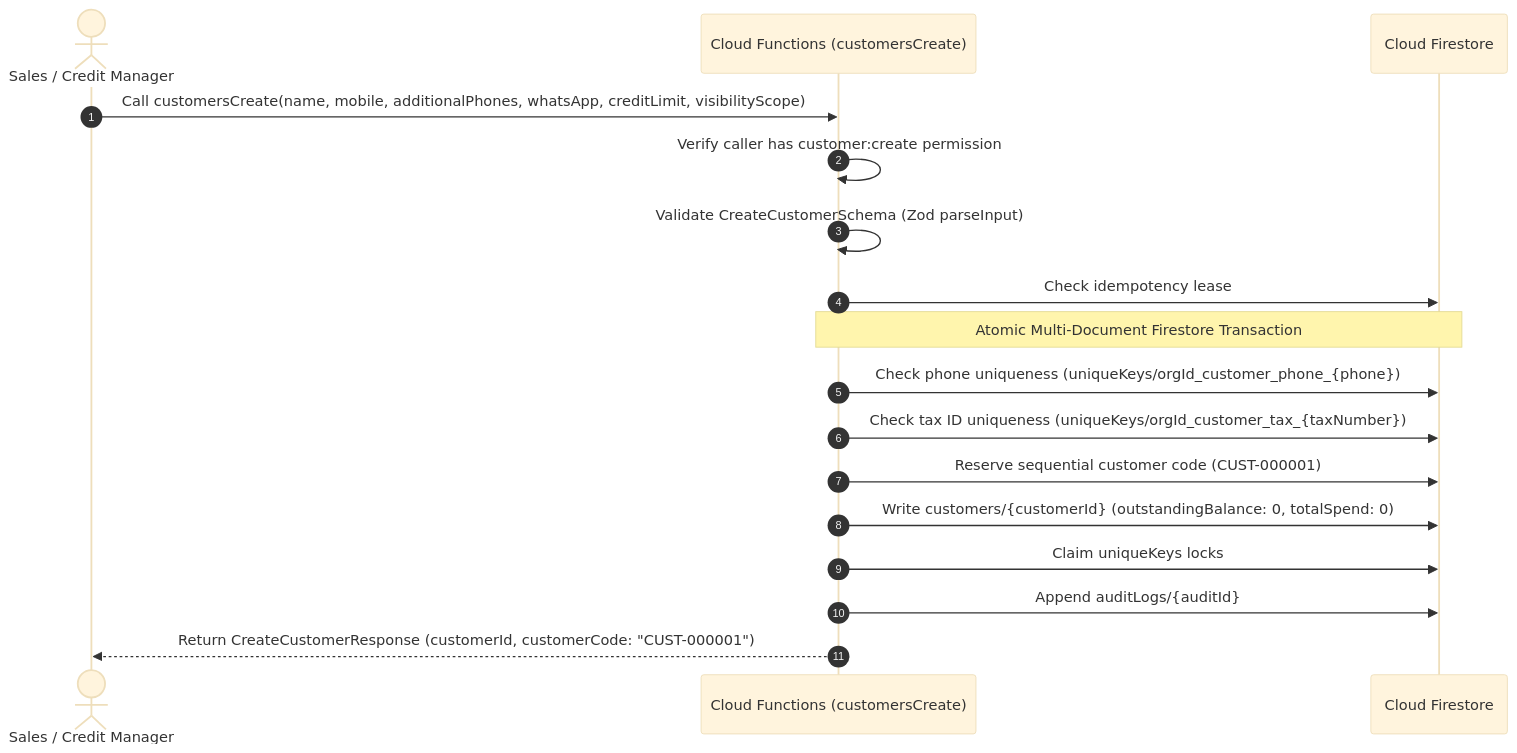
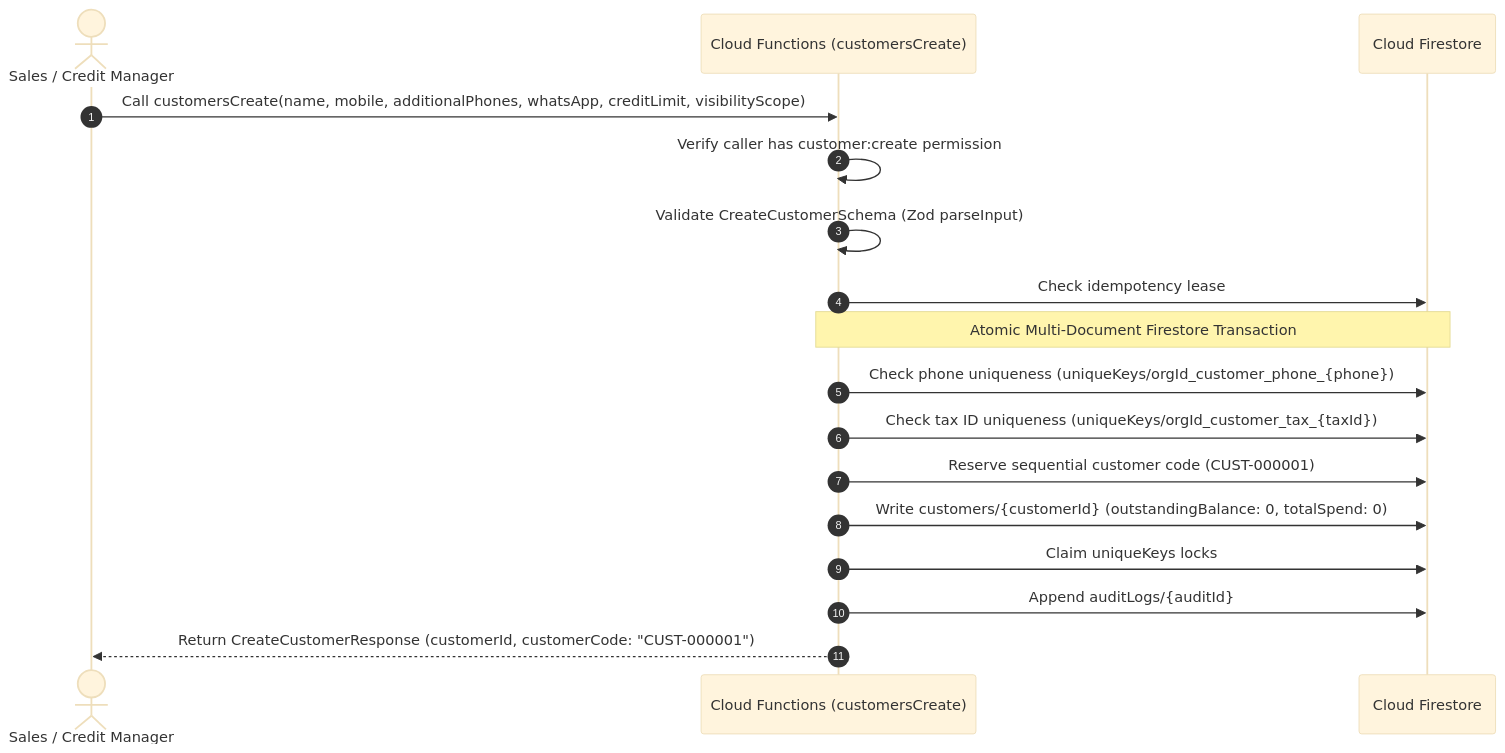
Before and after one commit to pm-jesil/trado-firebase: the second of 2 diagrams in docs/features/customers-and-vendors.md, drawn with Mermaid (base theme). The commit also changed other lines of this file and 251 other files, not shown here.

````diff
--- a/docs/features/customers-and-vendors.md
+++ b/docs/features/customers-and-vendors.md
@@ -56,23 +56,23 @@
 ```mermaid
 sequenceDiagram
     autonumber
     actor Staff as Sales / Credit Manager
     participant GW as Cloud Functions (customersCreate)
     participant DB as Cloud Firestore
 
     Staff->>GW: Call customersCreate(name, mobile, additionalPhones, whatsApp, creditLimit, visibilityScope)
     GW->>GW: Verify caller has customer:create permission
     GW->>GW: Validate CreateCustomerSchema (Zod parseInput)
     GW->>DB: Check idempotency lease
     
     Note over GW,DB: Atomic Multi-Document Firestore Transaction
     GW->>DB: Check phone uniqueness (uniqueKeys/orgId_customer_phone_{phone})
-    GW->>DB: Check tax ID uniqueness (uniqueKeys/orgId_customer_tax_{taxNumber})
+    GW->>DB: Check tax ID uniqueness (uniqueKeys/orgId_customer_tax_{taxId})
     GW->>DB: Reserve sequential customer code (CUST-000001)
     
     GW->>DB: Write customers/{customerId} (outstandingBalance: 0, totalSpend: 0)
     GW->>DB: Claim uniqueKeys locks
     GW->>DB: Append auditLogs/{auditId}
     
     GW-->>Staff: Return CreateCustomerResponse (customerId, customerCode: "CUST-000001")
 ```
````
